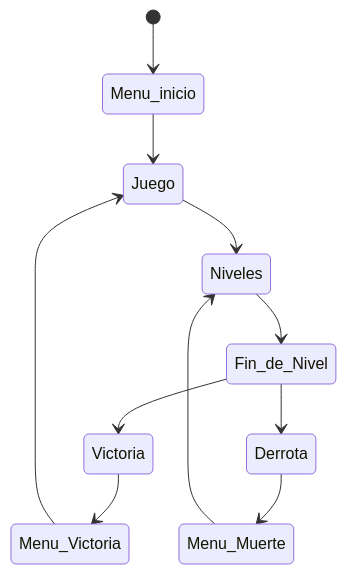
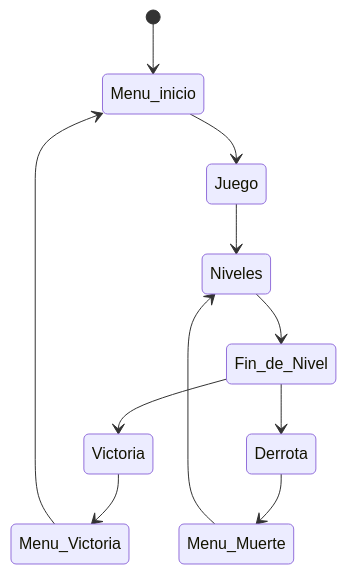
The first of 3 diagrams in README.md (dsanch12/DEV25-Sanchez), drawn with Mermaid before and after one commit. The commit also changed other lines of this file, not shown here.

````diff
--- a/README.md
+++ b/README.md
@@ -53,13 +53,13 @@
 ```mermaid
 stateDiagram
     [*] --> Menu_inicio
     Menu_inicio--> Juego
     Juego--> Niveles
     Niveles--> Fin_de_Nivel
     Fin_de_Nivel--> Victoria
     Fin_de_Nivel--> Derrota
     Victoria --> Menu_Victoria
     Derrota--> Menu_Muerte
     Menu_Muerte--> Niveles
-    Menu_Victoria--> Juego	
+    Menu_Victoria--> Menu_inicio
 ```
````
